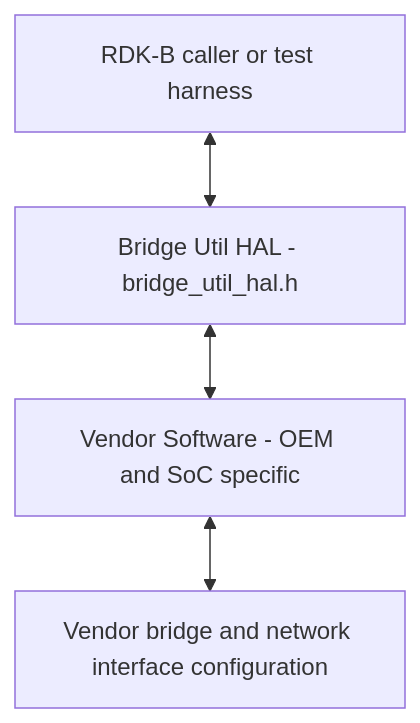
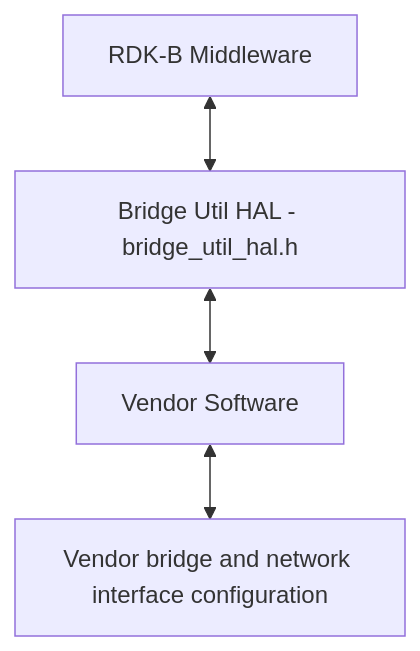
The first of 2 diagrams in docs/pages/halSpec.md (Blitzy-Sky/rdkb-halif-bridge-util), drawn with Mermaid before and after one commit. The commit also changed other lines of this file, not shown here.

````diff
--- a/docs/pages/halSpec.md
+++ b/docs/pages/halSpec.md
@@ -60,7 +28,7 @@
 ```mermaid
 flowchart TD;
-    CALLER["RDK-B caller or test harness"] <-->
+    CALLER["RDK-B Middleware"] <-->
     BRIDGEUTILHAL["Bridge Util HAL - bridge_util_hal.h"] <-->
-    VENDORSOFTWARE["Vendor Software - OEM and SoC specific"] <-->
+    VENDORSOFTWARE["Vendor Software"] <-->
     VENDORCONFIG["Vendor bridge and network interface configuration"]
 ```
````
